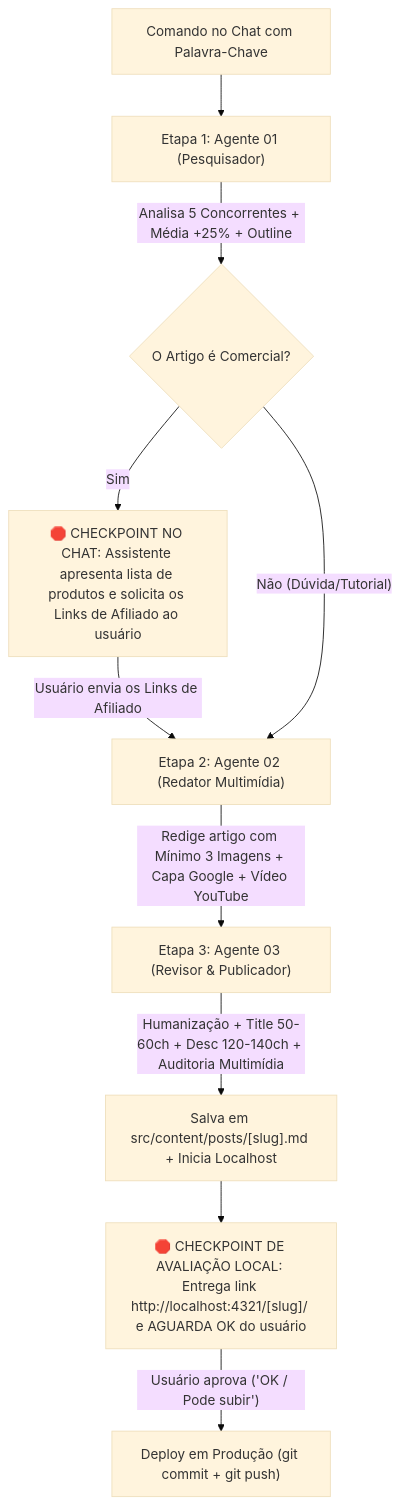
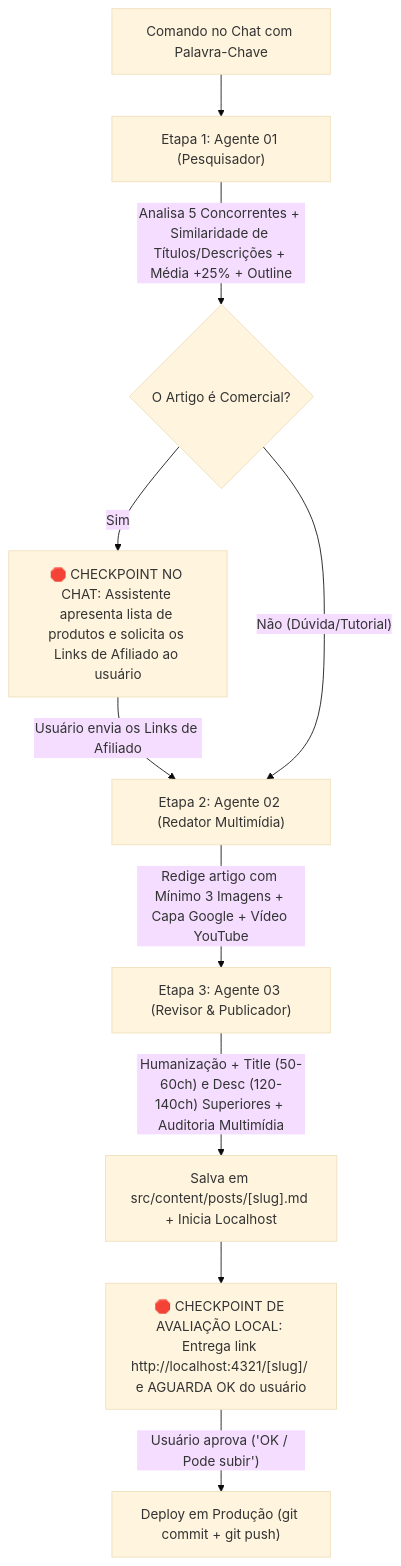
Before and after one commit to edgar-avila02/melhoresfones: the diagram in agents-novos-artigos/00-orquestrador.md, drawn with Mermaid (base theme). The commit also changed other lines of this file and 2 other files, not shown here.

Commit message:
docs(agents): adicionar regra de analise de similaridade de titulos/descricoes do top 5 e criacao de metadados superiores

````diff
--- a/agents-novos-artigos/00-orquestrador.md
+++ b/agents-novos-artigos/00-orquestrador.md
@@ -33,15 +33,15 @@
 ```mermaid
 graph TD
     A["Comando no Chat com Palavra-Chave"] --> B["Etapa 1: Agente 01 (Pesquisador)"]
-    B -->|"Analisa 5 Concorrentes + Média +25% + Outline"| C{"O Artigo é Comercial?"}
+    B -->|"Analisa 5 Concorrentes + Similaridade de Títulos/Descrições + Média +25% + Outline"| C{"O Artigo é Comercial?"}
     
     C -- Sim --> D["🛑 CHECKPOINT NO CHAT: Assistente apresenta lista de produtos e solicita os Links de Afiliado ao usuário"]
     D -->|"Usuário envia os Links de Afiliado"| E["Etapa 2: Agente 02 (Redator Multimídia)"]
     
     C -- Não (Dúvida/Tutorial) --> E
     
-    E -->|"Redige artigo com Mínimo 3 Imagens + Capa Google + Vídeo YouTube"| F["Etapa 3: Agente 03 (Revisor &amp; Publicador)"]
-    F -->|"Humanização + Title 50-60ch + Desc 120-140ch + Auditoria Multimídia"| G["Salva em src/content/posts/[slug].md + Inicia Localhost"]
+    E -->|"Redige artigo com Mínimo 3 Imagens + Capa Google + Vídeo YouTube"| F["Etapa 3: Agente 03 (Revisor & Publicador)"]
+    F -->|"Humanização + Title (50-60ch) e Desc (120-140ch) Superiores + Auditoria Multimídia"| G["Salva em src/content/posts/[slug].md + Inicia Localhost"]
     G --> H["🛑 CHECKPOINT DE AVALIAÇÃO LOCAL: Entrega link http://localhost:4321/[slug]/ e AGUARDA OK do usuário"]
     H -->|"Usuário aprova ('OK / Pode subir')"| I["Deploy em Produção (git commit + git push)"]
 ```
````
